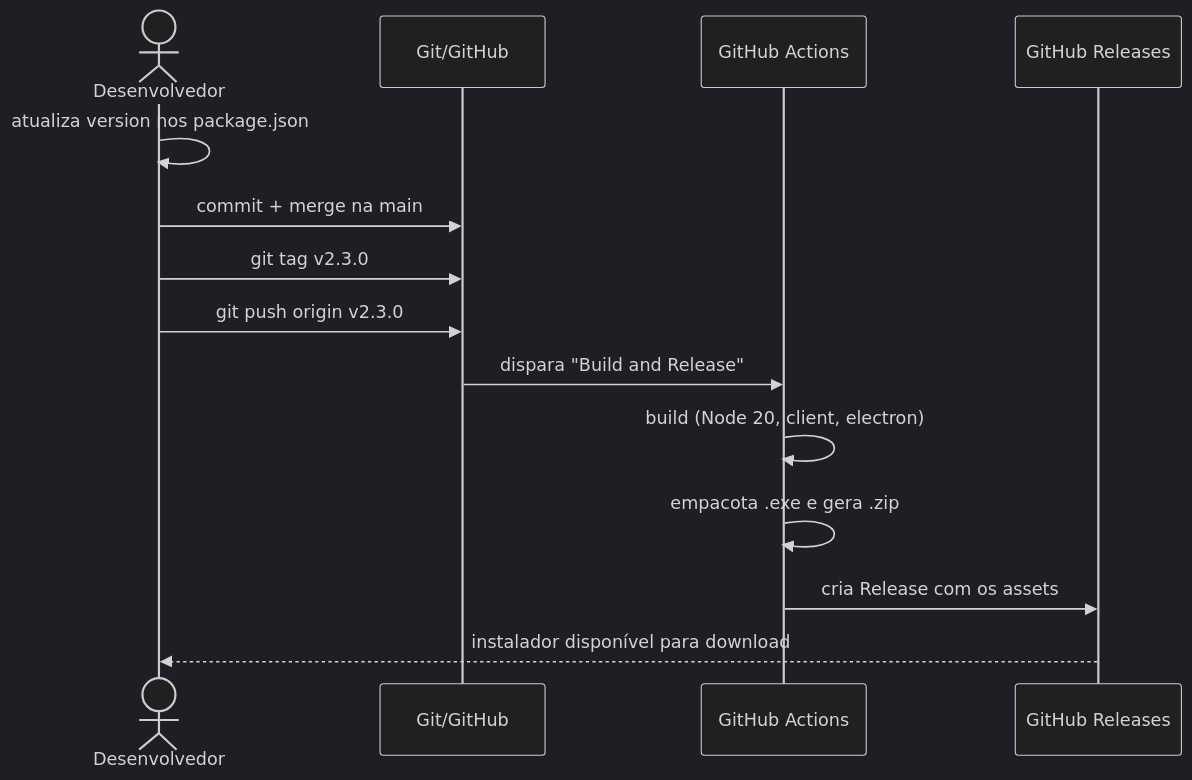
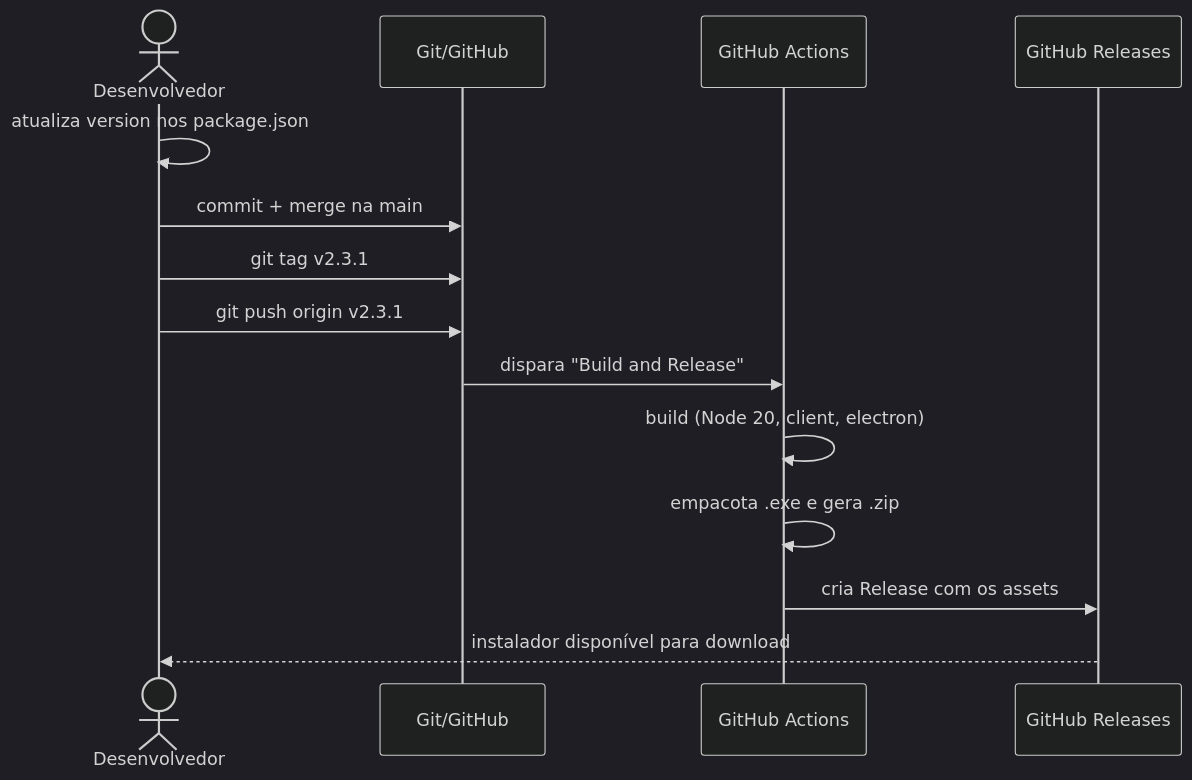
One commit to RuanPS01/cpp-review-app changed the third of 3 diagrams in docs/workflows-ci-cd.md. Above: the diagram before and after it, drawn with Mermaid (dark theme). The commit also changed other lines of this file and 8 other files, not shown here.

````diff
--- a/docs/workflows-ci-cd.md
+++ b/docs/workflows-ci-cd.md
@@ -136,17 +136,17 @@
 ```mermaid
 sequenceDiagram
     actor Dev as Desenvolvedor
     participant Git as Git/GitHub
     participant CI as GitHub Actions
     participant Rel as GitHub Releases
 
     Dev->>Dev: atualiza version nos package.json
     Dev->>Git: commit + merge na main
-    Dev->>Git: git tag v2.3.0
-    Dev->>Git: git push origin v2.3.0
+    Dev->>Git: git tag v2.3.1
+    Dev->>Git: git push origin v2.3.1
     Git->>CI: dispara "Build and Release"
     CI->>CI: build (Node 20, client, electron)
     CI->>CI: empacota .exe e gera .zip
     CI->>Rel: cria Release com os assets
     Rel-->>Dev: instalador disponível para download
 ```
````
